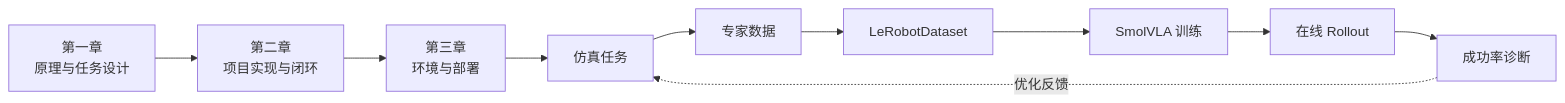
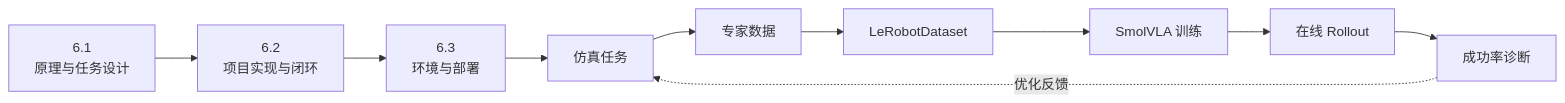
Before and after one commit to zhangfuyong888/qirobot_smolVLA: the diagram in s4_smolvla_isaaclab/docs/course/index.md, drawn with Mermaid. The commit also changed other lines of this file and 3 other files, not shown here.

````diff
--- a/s4_smolvla_isaaclab/docs/course/index.md
+++ b/s4_smolvla_isaaclab/docs/course/index.md
@@ -49,12 +53,12 @@
 ```mermaid
 flowchart LR
-    A[第一章<br/>原理与任务设计] --> B[第二章<br/>项目实现与闭环]
-    B --> C[第三章<br/>环境与部署]
+    A[6.1<br/>原理与任务设计] --> B[6.2<br/>项目实现与闭环]
+    B --> C[6.3<br/>环境与部署]
     C --> D[仿真任务]
     D --> E[专家数据]
     E --> F[LeRobotDataset]
     F --> G[SmolVLA 训练]
     G --> H[在线 Rollout]
     H --> I[成功率诊断]
     I -.优化反馈.-> D
 ```
````
